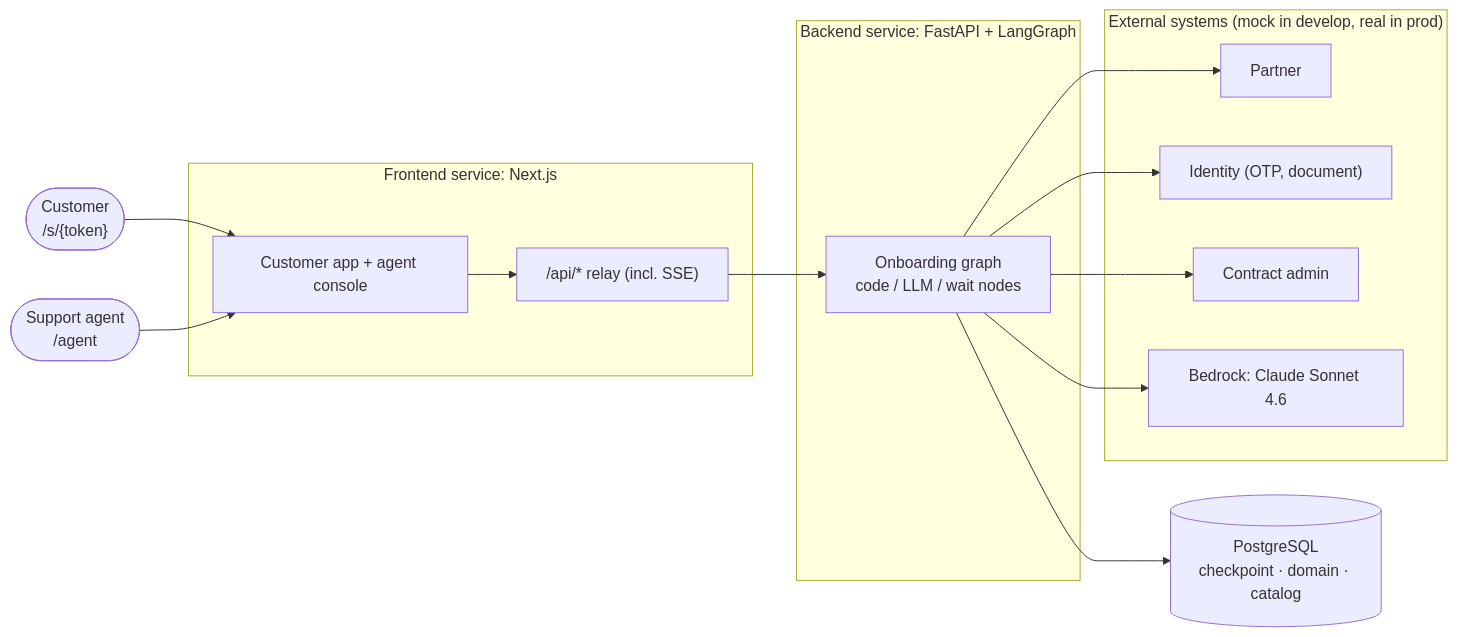
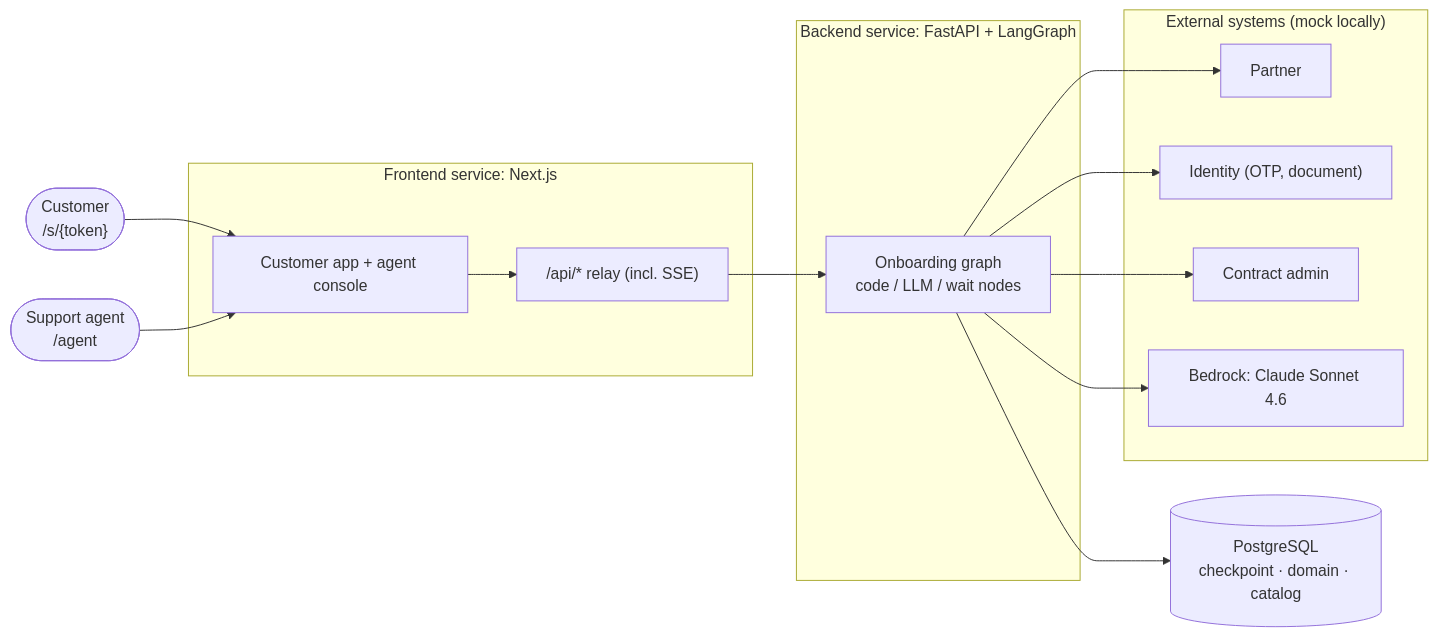
The diagram in README.md (pjh4993/insurance-onboarding-assistant), drawn with Mermaid before and after one commit. The commit also changed other lines of this file and 12 other files, not shown here.

````diff
--- a/README.md
+++ b/README.md
@@ -14,27 +15,27 @@
 ```mermaid
 flowchart LR
     customer(["Customer<br/>/s/{token}"])
     agent(["Support agent<br/>/agent"])
 
     subgraph fe["Frontend service: Next.js"]
         apps["Customer app + agent console"]
         relay["/api/* relay (incl. SSE)"]
     end
 
     subgraph be["Backend service: FastAPI + LangGraph"]
         lg["Onboarding graph<br/>code / LLM / wait nodes"]
     end
 
     pg[("PostgreSQL<br/>checkpoint · domain · catalog")]
 
-    subgraph ext["External systems (mock in develop, real in prod)"]
+    subgraph ext["External systems (mock locally)"]
         partner["Partner"]
         identity["Identity (OTP, document)"]
         contract["Contract admin"]
         bedrock["Bedrock: Claude Sonnet 4.6"]
     end
 
     customer & agent --> apps --> relay --> lg
     lg --> pg
     lg --> partner & identity & contract & bedrock
 ```
````
